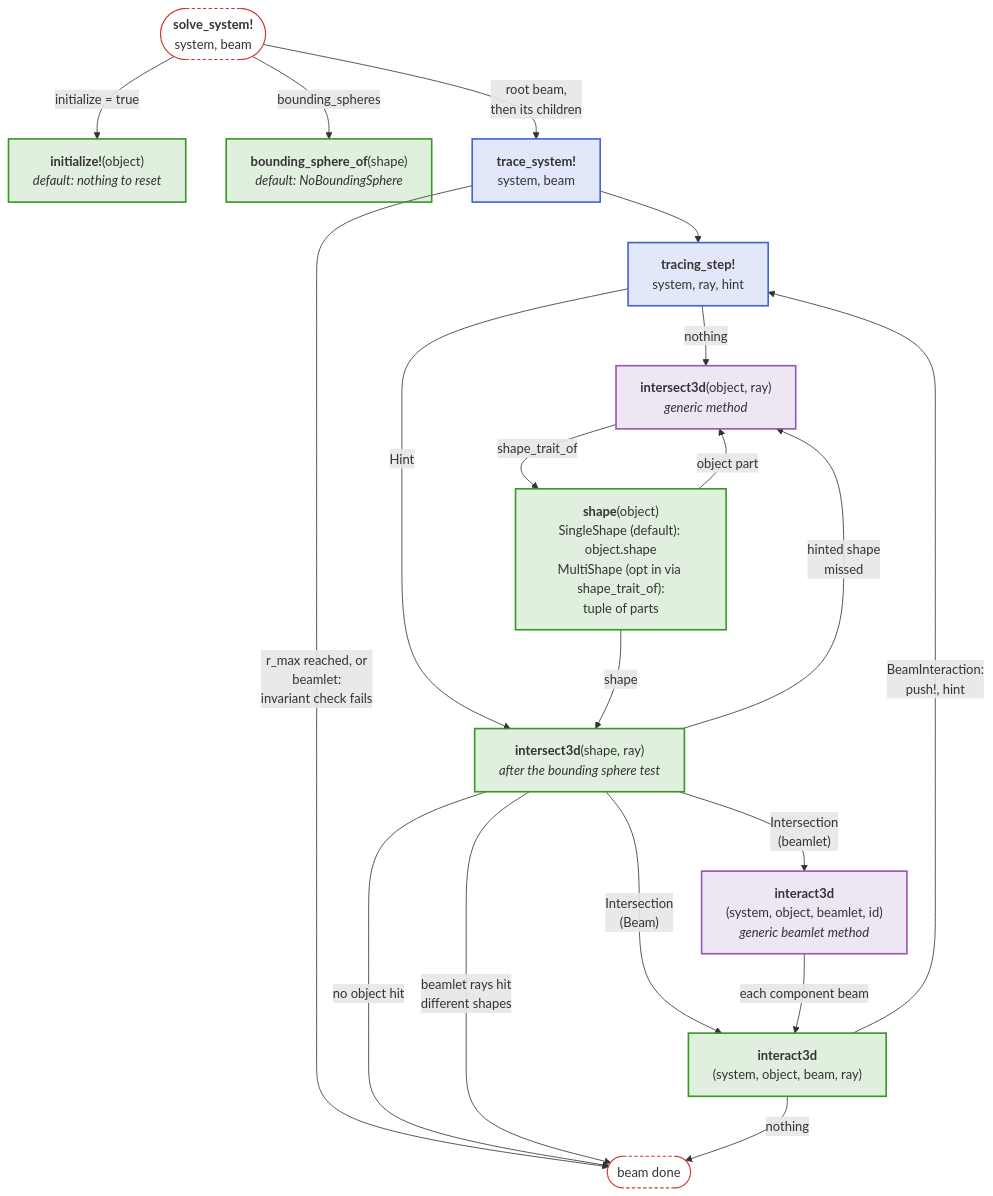
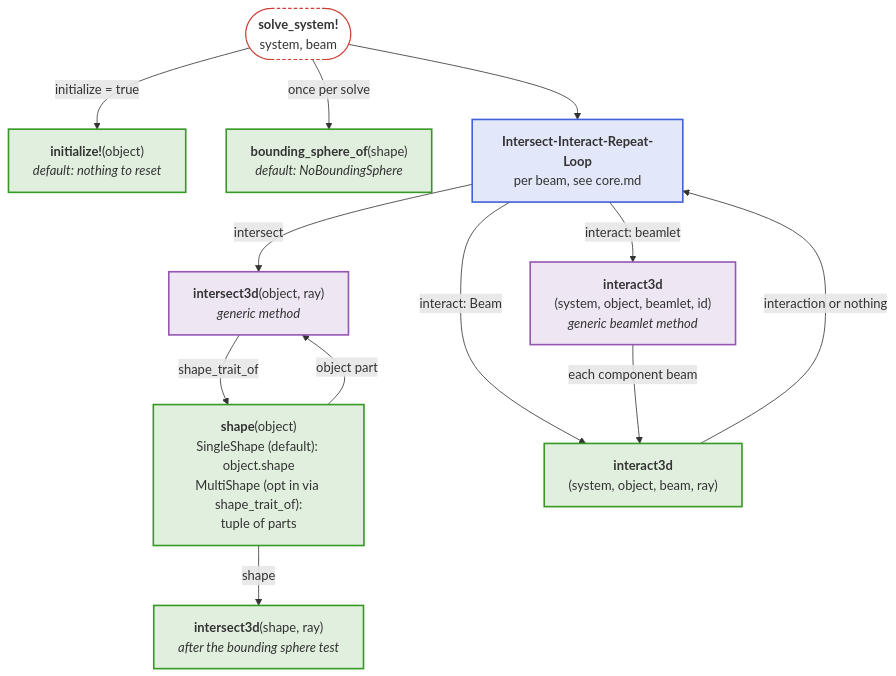
One commit to JuliaPhysics/BeamletOptics.jl changed the first of 2 diagrams in docs/src/api/components.md. Above: the diagram before and after it, drawn with Mermaid. The commit also changed other lines of this file and 3 other files, not shown here.

First line of the commit message:
Docs: hooks diagram links the loop in core.md, no repeated text between Basics and API design

````diff
--- a/docs/src/api/components.md
+++ b/docs/src/api/components.md
@@ -9,42 +9,33 @@
 ```mermaid
 flowchart TB
     S(["<b>solve_system!</b><br/>system, beam"])
     INI["<b>initialize!</b>(object)<br/><i>default: nothing to reset</i>"]
     BSO["<b>bounding_sphere_of</b>(shape)<br/><i>default: NoBoundingSphere</i>"]
-    TR["<b>trace_system!</b><br/>system, beam"]
-    STEP["<b>tracing_step!</b><br/>system, ray, hint"]
+    LOOP["<b>Intersect-Interact-Repeat-Loop</b><br/>per beam, see core.md"]
     IX["<b>intersect3d</b>(object, ray)<br/><i>generic method</i>"]
     SHP["<b>shape</b>(object)<br/>SingleShape (default): object.shape<br/>MultiShape (opt in via shape_trait_of):<br/>tuple of parts"]
     ISH["<b>intersect3d</b>(shape, ray)<br/><i>after the bounding sphere test</i>"]
     GB["<b>interact3d</b><br/>(system, object, beamlet, id)<br/><i>generic beamlet method</i>"]
     INT["<b>interact3d</b><br/>(system, object, beam, ray)"]
-    E([beam done])
 
     S -- "initialize = true" --> INI
-    S -- bounding_spheres --> BSO
-    S -- "root beam,<br/>then its children" --> TR
-    TR --> STEP
-    TR -- "r_max reached, or<br/>beamlet:<br/>invariant check fails" --> E
-    STEP -- "nothing" --> IX
-    STEP -- "Hint" --> ISH
+    S -- "once per solve" --> BSO
+    S --> LOOP
+    LOOP -- intersect --> IX
     IX -- shape_trait_of --> SHP
     SHP -- "shape" --> ISH
     SHP -- "object part" --> IX
-    ISH -- "Intersection<br/>(Beam)" --> INT
-    ISH -- "Intersection<br/>(beamlet)" --> GB
+    LOOP -- "interact: Beam" --> INT
+    LOOP -- "interact: beamlet" --> GB
     GB -- "each component beam" --> INT
-    ISH -- "hinted shape<br/>missed" --> IX
-    ISH -- "no object hit" --> E
-    ISH -- "beamlet rays hit<br/>different shapes" --> E
-    INT -- "BeamInteraction:<br/>push!, hint" --> STEP
-    INT -- "nothing" --> E
+    INT -- "interaction or nothing" --> LOOP
 
     classDef blue fill:#4063D826,stroke:#4063D8,stroke-width:2px
     classDef green fill:#38982626,stroke:#389826,stroke-width:2px
     classDef purple fill:#9558B226,stroke:#9558B2,stroke-width:2px
     classDef terminal fill:transparent,stroke:#CB3C33,stroke-width:1.5px,stroke-dasharray:4 3
-    class TR,STEP blue
+    class LOOP blue
     class INI,BSO,SHP,ISH,INT green
     class IX,GB purple
-    class S,E terminal
+    class S terminal
 ```
````
